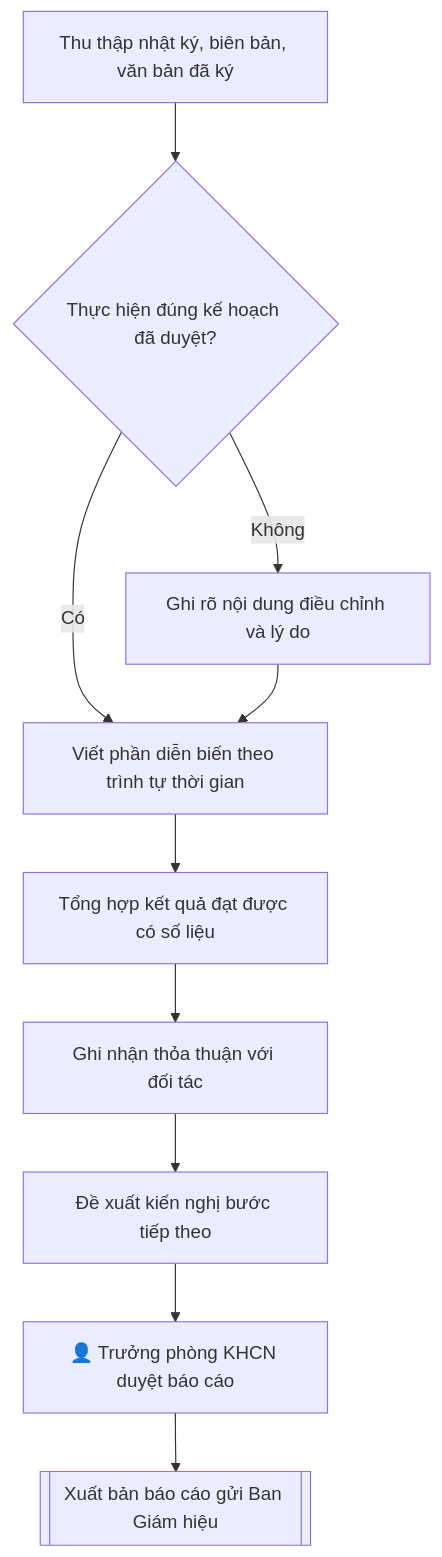
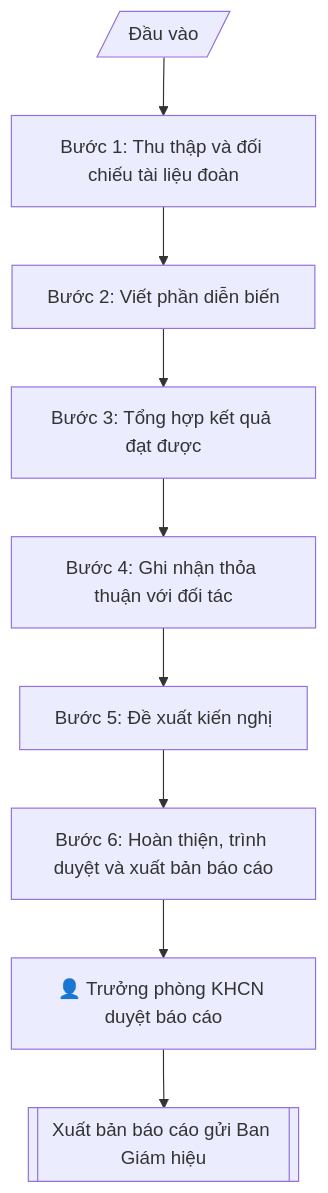
Before and after one commit to phamtruong91/dh-skills: the diagram in skills/bao-cao-ket-qua-doan/SKILL.md, drawn with Mermaid. The commit also changed 124 other files, not shown here.

````diff
--- a/skills/bao-cao-ket-qua-doan/SKILL.md
+++ b/skills/bao-cao-ket-qua-doan/SKILL.md
@@ -87,12 +87,11 @@
 ```mermaid
 flowchart TD
-    A["Thu thập nhật ký, biên bản, văn bản đã ký"] --> B{"Thực hiện đúng kế hoạch đã duyệt?"}
-    B -->|Không| C["Ghi rõ nội dung điều chỉnh và lý do"]
-    B -->|Có| D["Viết phần diễn biến theo trình tự thời gian"]
-    C --> D
-    D --> E["Tổng hợp kết quả đạt được có số liệu"]
-    E --> F["Ghi nhận thỏa thuận với đối tác"]
-    F --> G["Đề xuất kiến nghị bước tiếp theo"]
-    G --> HG["👤 Trưởng phòng KHCN duyệt báo cáo"]
-    HG --> Z[["Xuất bản báo cáo gửi Ban Giám hiệu"]]
+    IN[/"Đầu vào"/] --> B1["Bước 1: Thu thập và đối chiếu tài liệu đoàn"]
+    B1 --> B2["Bước 2: Viết phần diễn biến"]
+    B2 --> B3["Bước 3: Tổng hợp kết quả đạt được"]
+    B3 --> B4["Bước 4: Ghi nhận thỏa thuận với đối tác"]
+    B4 --> B5["Bước 5: Đề xuất kiến nghị"]
+    B5 --> B6["Bước 6: Hoàn thiện, trình duyệt và xuất bản báo cáo"]
+    B6 --> HG["👤 Trưởng phòng KHCN duyệt báo cáo"]
+    HG --> OUT[["Xuất bản báo cáo gửi Ban Giám hiệu"]]
 ```
````
